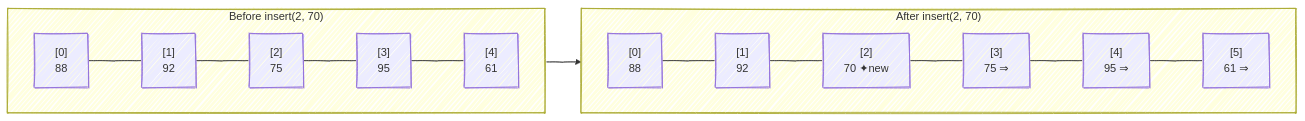
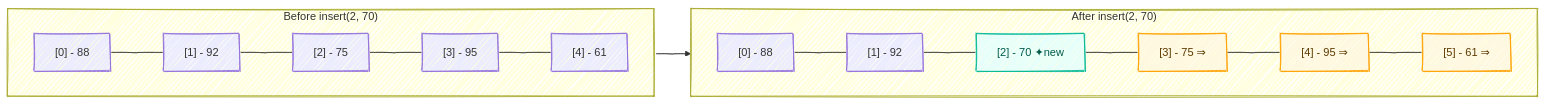
One commit to jimmy706/junedang-blog-pages changed the fourth of 9 diagrams in jekyll/array-fundamentals.md. Above: the diagram before and after it, drawn with Mermaid. The commit also changed other lines of this file, not shown here.

```diff
--- a/jekyll/array-fundamentals.md
+++ b/jekyll/array-fundamentals.md
@@ -207,16 +208,19 @@
 <pre class="mermaid">
 ---
 config:
   look: handDrawn
 ---
 flowchart LR
+    classDef new fill:#e6fffa,stroke:#00b894,color:#005c4b;
+    classDef shifted fill:#fff8e1,stroke:#ffa000,color:#5c3a00;
+
     subgraph Before["Before insert(2, 70)"]
         direction LR
-        B0["[0]\n88"] --- B1["[1]\n92"] --- B2["[2]\n75"] --- B3["[3]\n95"] --- B4["[4]\n61"]
+        B0["[0] - 88"] --- B1["[1] - 92"] --- B2["[2] - 75"] --- B3["[3] - 95"] --- B4["[4] - 61"]
     end
     subgraph After["After insert(2, 70)"]
         direction LR
-        A0["[0]\n88"] --- A1["[1]\n92"] --- A2["[2]\n70 ✦new"] --- A3["[3]\n75 ⇒"] --- A4["[4]\n95 ⇒"] --- A5["[5]\n61 ⇒"]
+        A0["[0] - 88"] --- A1["[1] - 92"] --- A2["[2] - 70 ✦new"]:::new --- A3["[3] - 75 ⇒"]:::shifted --- A4["[4] - 95 ⇒"]:::shifted --- A5["[5] - 61 ⇒"]:::shifted
     end
     Before --> After
 </pre>
```
